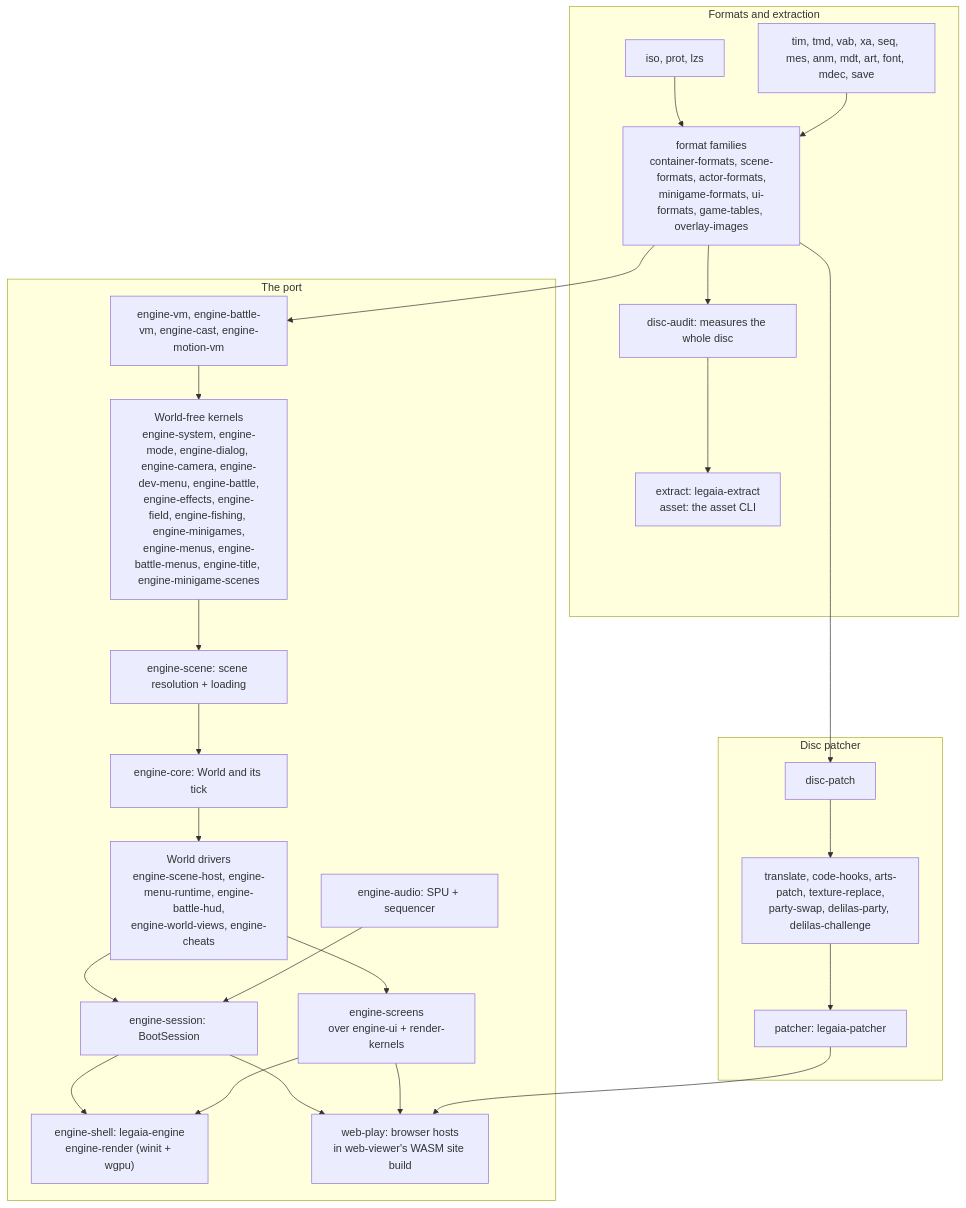
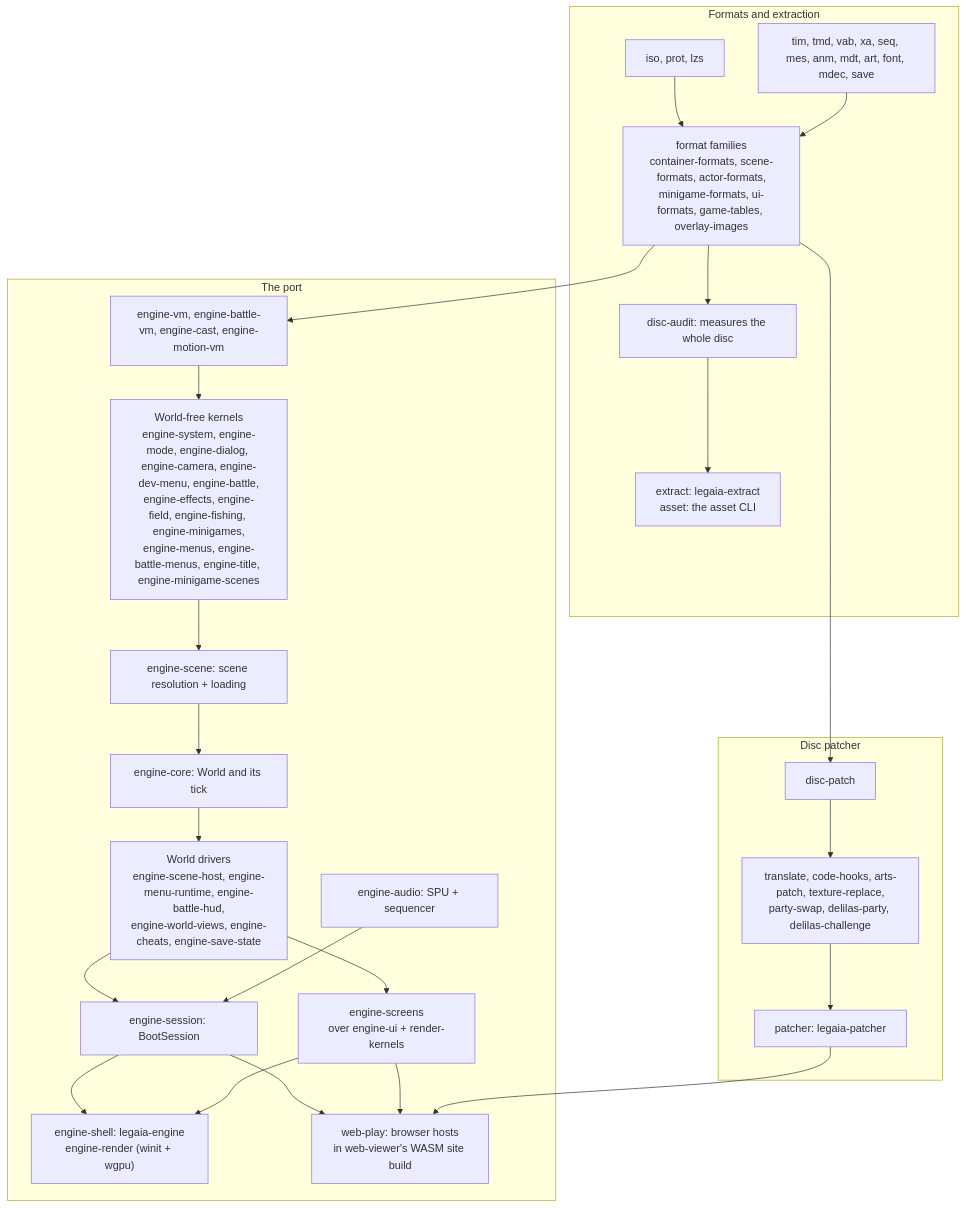
The second of 2 diagrams in docs/overview.md (AndrewAltimit/legend-of-legaia-re), drawn with Mermaid before and after one commit. The commit also changed other lines of this file and 64 other files, not shown here.

First line of the commit message:
Move the LGSF save round trip from engine-core into engine-save-state

````diff
--- a/docs/overview.md
+++ b/docs/overview.md
@@ -80,44 +80,44 @@
 ```mermaid
 flowchart TD
     subgraph formats["Formats and extraction"]
         container["iso, prot, lzs"]
         hub["format families<br/>container-formats, scene-formats, actor-formats,<br/>minigame-formats, ui-formats, game-tables, overlay-images"]
         perfmt["tim, tmd, vab, xa, seq, mes, anm, mdt, art, font, mdec, save"]
         audit["disc-audit: measures the whole disc"]
         extract["extract: legaia-extract<br/>asset: the asset CLI"]
         container --> hub --> audit --> extract
         perfmt --> hub
     end
     subgraph port["The port"]
         vm["engine-vm, engine-battle-vm, engine-cast, engine-motion-vm"]
         kernels["World-free kernels<br/>engine-system, engine-mode, engine-dialog, engine-camera, engine-dev-menu, engine-battle,<br/>engine-effects, engine-field, engine-fishing, engine-minigames,<br/>engine-menus, engine-battle-menus, engine-title, engine-minigame-scenes"]
         scene["engine-scene: scene resolution + loading"]
         core["engine-core: World and its tick"]
-        drivers["World drivers<br/>engine-scene-host, engine-menu-runtime, engine-battle-hud,<br/>engine-world-views, engine-cheats"]
+        drivers["World drivers<br/>engine-scene-host, engine-menu-runtime, engine-battle-hud,<br/>engine-world-views, engine-cheats, engine-save-state"]
         audio["engine-audio: SPU + sequencer"]
         session["engine-session: BootSession"]
         present["engine-screens<br/>over engine-ui + render-kernels"]
         native["engine-shell: legaia-engine<br/>engine-render (winit + wgpu)"]
         web["web-play: browser hosts<br/>in web-viewer's WASM site build"]
         vm --> kernels
         kernels --> scene
         scene --> core
         core --> drivers
         drivers --> session
         audio --> session
         drivers --> present
         session --> native
         session --> web
         present --> native
         present --> web
     end
     subgraph mod["Disc patcher"]
         dp["disc-patch"]
         layers["translate, code-hooks, arts-patch, texture-replace,<br/>party-swap, delilas-party, delilas-challenge"]
         patcher["patcher: legaia-patcher"]
         dp --> layers --> patcher
     end
     hub --> vm
     hub --> dp
     patcher --> web
 ```
````
